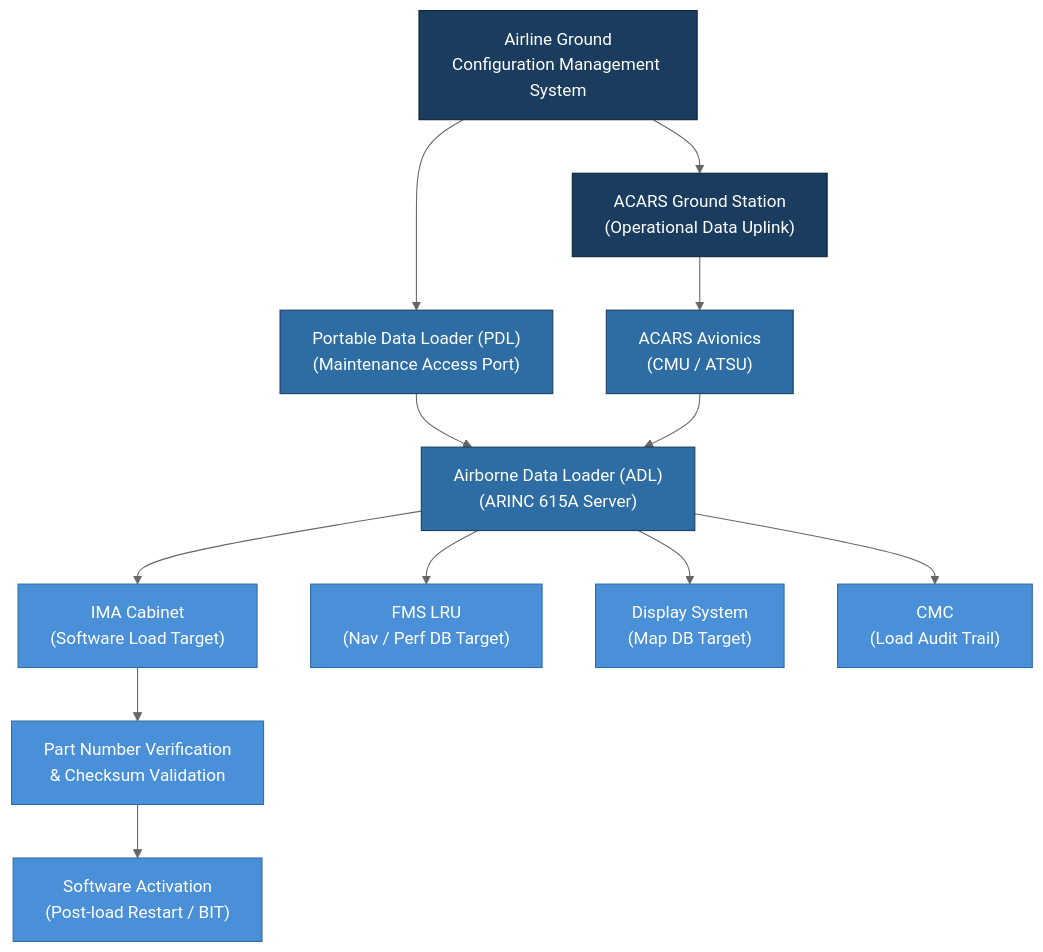
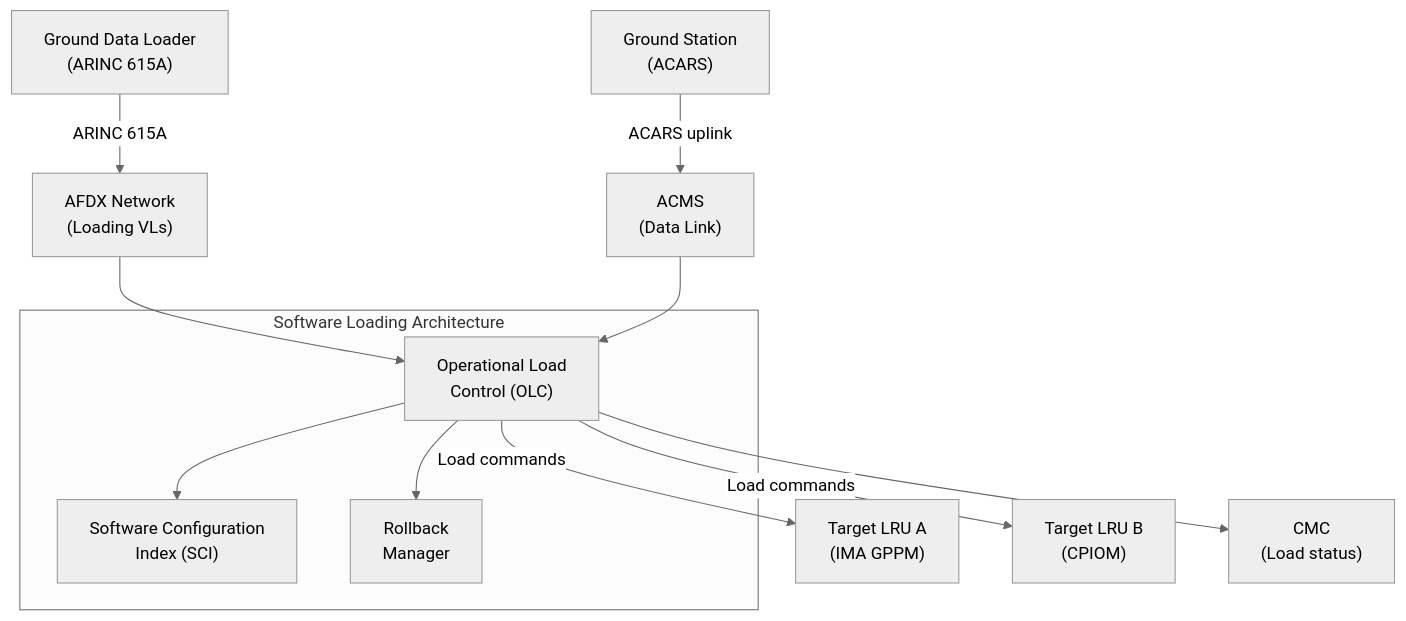
Before and after one commit to AmedeoPelliccia/Qplus-For-All-Queer-People-and-Quantum: the first of 3 diagrams in Q+ATLANTIDE/000-099_ATLAS/040-049_Avionica-Informacion-y-APU/040_Multisystem/040-070-Configuration-Software-and-Data-Loading.md, drawn with Mermaid (neutral theme). The commit also changed other lines of this file and 10 other files, not shown here.

````diff
--- a/Q+ATLANTIDE/000-099_ATLAS/040-049_Avionica-Informacion-y-APU/040_Multisystem/040-070-Configuration-Software-and-Data-Loading.md
+++ b/Q+ATLANTIDE/000-099_ATLAS/040-049_Avionica-Informacion-y-APU/040_Multisystem/040-070-Configuration-Software-and-Data-Loading.md
@@ -66,26 +149,22 @@
 ```mermaid
-flowchart TD
-    AIRGND["Airline Ground\nConfiguration Management System"]
+graph TB
+    subgraph LoadArch["Software Loading Architecture"]
+        OLC["Operational Load\nControl (OLC)"]
+        SCI_DB["Software Configuration\nIndex (SCI)"]
+        ROLLBACK["Rollback\nManager"]
+    end
+    GDL["Ground Data Loader\n(ARINC 615A)"]
+    ACARS_GS["Ground Station\n(ACARS)"]
+    ACMS["ACMS\n(Data Link)"]
+    AFDX["AFDX Network\n(Loading VLs)"]
+    LRU_A["Target LRU A\n(IMA GPPM)"]
+    LRU_B["Target LRU B\n(CPIOM)"]
+    CMC["CMC\n(Load status)"]
 
-    AIRGND --> PDL["Portable Data Loader (PDL)\n(Maintenance Access Port)"]
-    AIRGND --> ACARS_GND["ACARS Ground Station\n(Operational Data Uplink)"]
-
-    PDL --> ADL["Airborne Data Loader (ADL)\n(ARINC 615A Server)"]
-    ACARS_GND --> ACARS_AIR["ACARS Avionics\n(CMU / ATSU)"]
-    ACARS_AIR --> ADL
-
-    ADL --> IMA1["IMA Cabinet\n(Software Load Target)"]
-    ADL --> FMS["FMS LRU\n(Nav / Perf DB Target)"]
-    ADL --> DISPLAY["Display System\n(Map DB Target)"]
-    ADL --> CMC["CMC\n(Load Audit Trail)"]
-
-    IMA1 --> VERIFY["Part Number Verification\n& Checksum Validation"]
-    VERIFY --> ACTIVATE["Software Activation\n(Post-load Restart / BIT)"]
-
-    classDef ground fill:#1a3c5e,color:#fff,stroke:#0d2137
-    classDef loader fill:#2e6da4,color:#fff,stroke:#1a3c5e
-    classDef target fill:#4a90d9,color:#fff,stroke:#2e6da4
-    class AIRGND,ACARS_GND ground
-    class PDL,ADL,ACARS_AIR loader
-    class IMA1,FMS,DISPLAY,CMC,VERIFY,ACTIVATE target
+    GDL -->|ARINC 615A| AFDX --> OLC
+    ACARS_GS -->|ACARS uplink| ACMS --> OLC
+    OLC --> SCI_DB
+    OLC --> ROLLBACK
+    OLC -->|Load commands| LRU_A & LRU_B
+    OLC --> CMC
 ```
````
